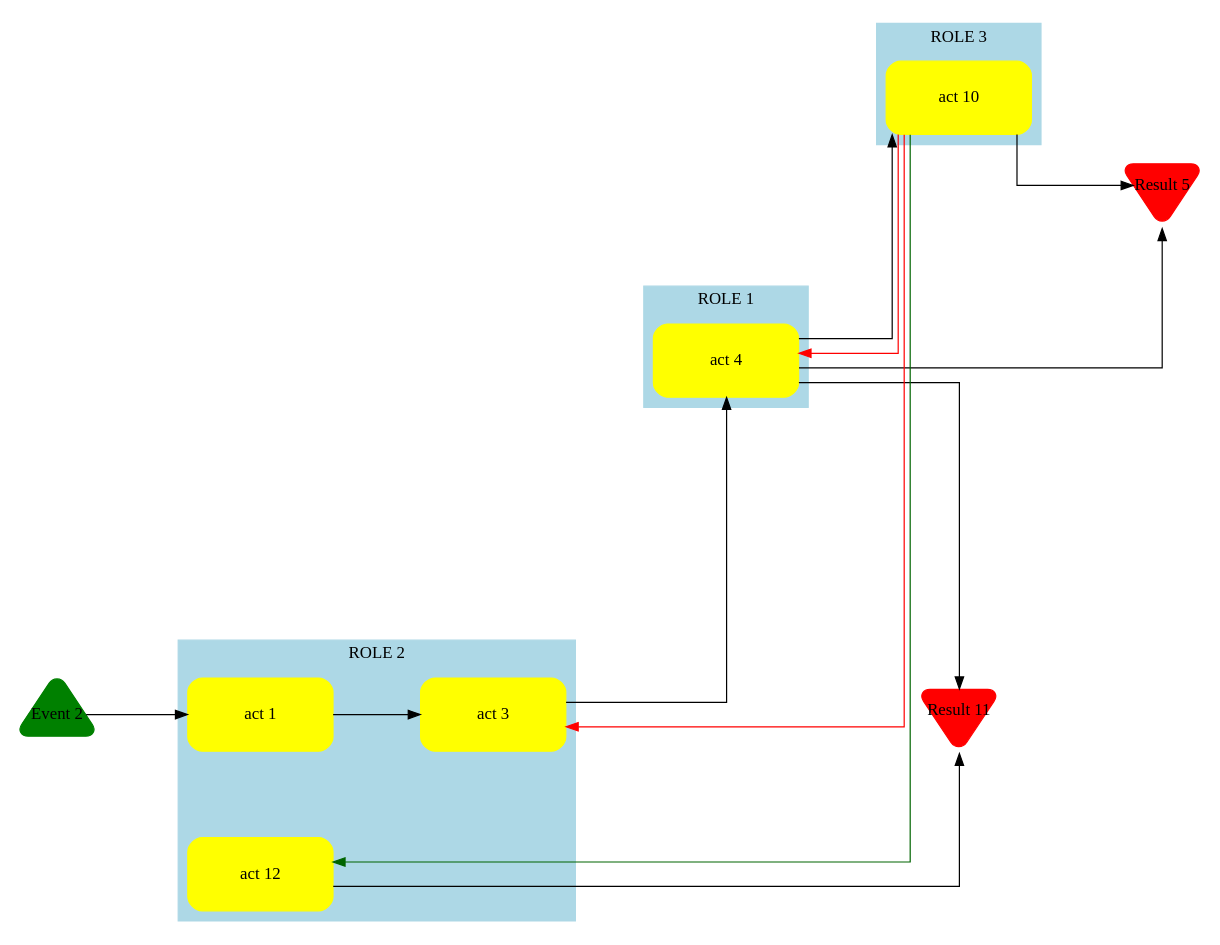
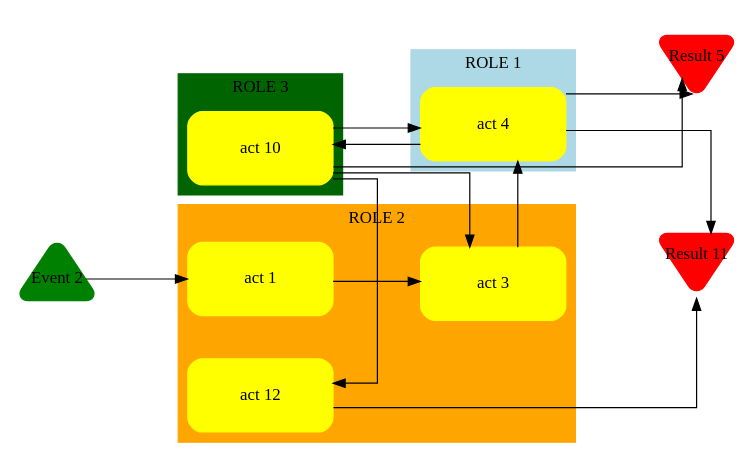
One commit to ggojard/swimy changed the diagram in input.dot. Above: the diagram before and after it, drawn with Graphviz. The commit also changed 7 other files, not shown here.

```diff
--- a/input.dot
+++ b/input.dot
@@ -1,36 +1,47 @@
 digraph diagram24 {
-rankdir=LR;overlap=scalexy;splines=ortho;sep=1;nodesep=1;
+
+ /*
+ dot input.dot | gvpr -c -fswimy.g | neato -n2 -Tpng > output.png
+ dot input.dot | gvpr -c -fswimy.g | neato -n2 > output.dot
+ */
+
+rankdir=LR;overlap=scalexy;splines=ortho;sep=1;nodesep=0.5;
 /*rankdir=TB;overlap=scalexy;splines=ortho;sep=1;nodesep=1;*/
 
 node[fontsize=14.0]
 
-subgraph cluster_7 { label="ROLE 2";style=filled;color=lightblue;1;3;12}
 subgraph cluster_8 { label="ROLE 1";style=filled;color=lightblue;4}
-subgraph cluster_9 { label="ROLE 3";style=filled;color=lightblue;10}
+subgraph cluster_7 { label="ROLE 2";style=filled;color=orange;1;3;12}
+subgraph cluster_9 { label="ROLE 3";style=filled;color=darkgreen;10}
+
 
 "4"  [label="act 4"; shape=box,style="rounded,filled",color=yellow,fixedsize=true,width=1.6806,height=0.84722]
 "1"  [label="act 1"; shape=box,style="rounded,filled",color=yellow,fixedsize=true,width=1.6806,height=0.84722]
 "3"  [label="act 3"; shape=box,style="rounded,filled",color=yellow,fixedsize=true,width=1.6806,height=0.84722]
 "10" [label="act 10"; shape=box,style="rounded,filled",color=yellow,fixedsize=true,width=1.6806,height=0.84722]
 "12" [label="act 12"; shape=box,style="rounded,filled",color=yellow,fixedsize=true,width=1.6806,height=0.84722]
 "5"  [label="Result 5"; shape=invtriangle,fixedsize=true,width=1.0,height=1.0,style="rounded,filled",color=red]
 "2"  [label="Event 2"; shape=triangle,fixedsize=true,width=1.0,height=1.0,style="rounded,filled",color=green]
 "11" [label="Result 11"; shape=invtriangle,fixedsize=true,width=1.0,height=1.0,style="rounded,filled",color=red]
 
 "1" -> "3"  [minlen=2.0];
 "4" -> "10" [minlen=2.0];
 "4" -> "5"  [minlen=2.0];
 "3" -> "4"  [minlen=2.0];
 "10" -> "5" [minlen=2.0];
 "2" -> "1"  [minlen=2.0];
 "4" -> "11" [minlen=2.0];
 "12" -> "11" [minlen=2.0];
 
-/*"10" -> "3" [minlen=2.0];
+/* LOOP */
+"10" -> "3" [minlen=2.0];
 "10" -> "4" [minlen=2.0];
 "10" -> "12" [minlen=2.0];
-*/
-"10" -> "3" [minlen=2.0,constraint=false,style="filled",color=red];
+
+/* CONSTRAINTS*/
+/*"10" -> "3" [minlen=2.0,constraint=false,style="filled",color=red];
 "10" -> "4" [minlen=2.0,constraint=false,style="filled",color=red];
 "10" -> "12" [minlen=2.0,constraint=false,style="filled",color=darkgreen];
+*/
+
 }
```
